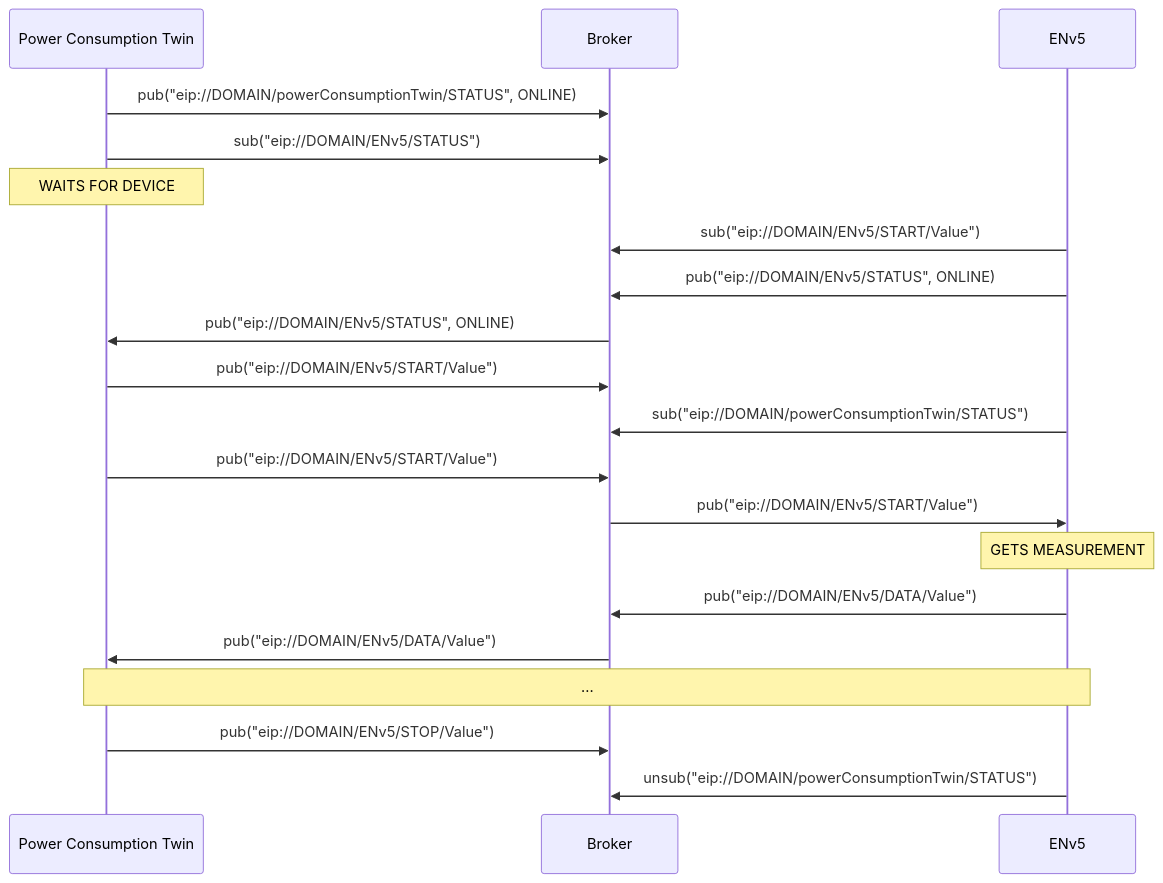
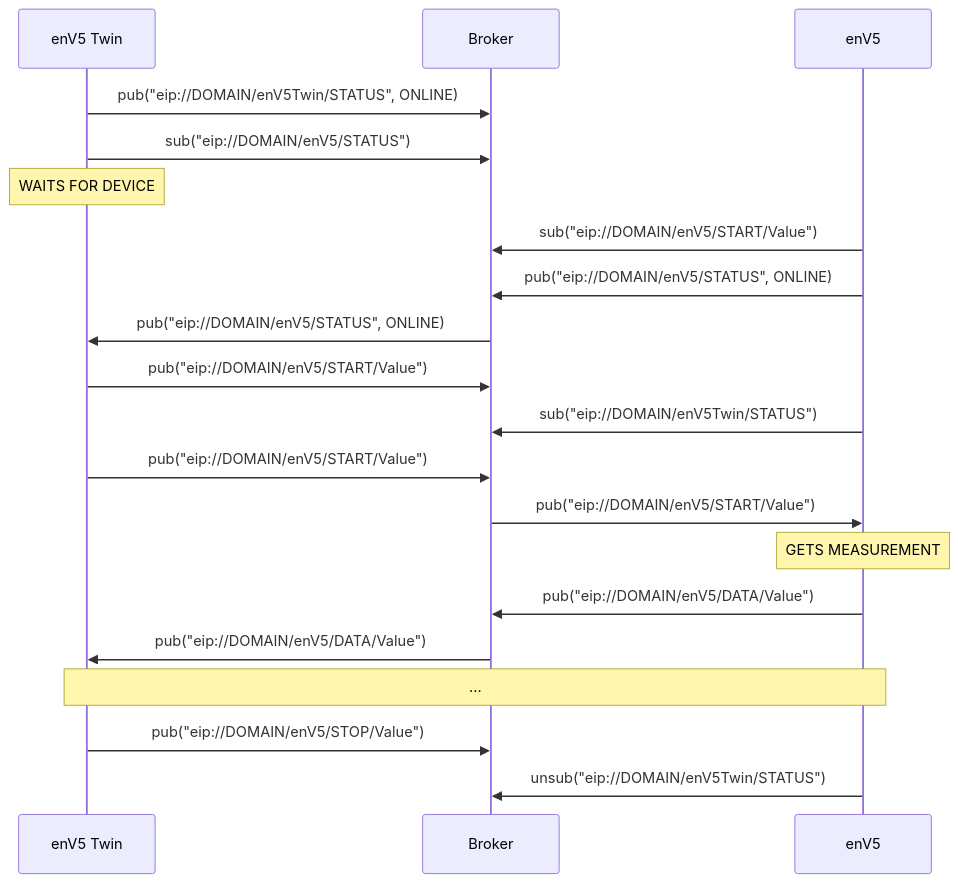
Before and after one commit to es-ude/elastic-ai.runtime.cloud: the first of 4 diagrams in DEMO.md, drawn with Mermaid. The commit also changed other lines of this file and 31 other files, not shown here.

````diff
--- a/DEMO.md
+++ b/DEMO.md
@@ -18,32 +18,32 @@
 ```mermaid
 sequenceDiagram
-      participant pw as Power Consumption Twin
+      participant dt as enV5 Twin
       participant b as Broker
-      participant d as ENv5
+      participant d as enV5
 
-    pw ->> b: pub("eip://DOMAIN/powerConsumptionTwin/STATUS", ONLINE)
-    pw ->> b: sub("eip://DOMAIN/ENv5/STATUS")
+    dt ->> b: pub("eip://DOMAIN/enV5Twin/STATUS", ONLINE)
+    dt ->> b: sub("eip://DOMAIN/enV5/STATUS")
     
-    Note over pw: WAITS FOR DEVICE
+    Note over dt: WAITS FOR DEVICE
     
-    d ->> b: sub("eip://DOMAIN/ENv5/START/Value")
+    d ->> b: sub("eip://DOMAIN/enV5/START/Value")
         
-    d ->> b: pub("eip://DOMAIN/ENv5/STATUS", ONLINE)
-    b ->> pw: pub("eip://DOMAIN/ENv5/STATUS", ONLINE)
+    d ->> b: pub("eip://DOMAIN/enV5/STATUS", ONLINE)
+    b ->> dt: pub("eip://DOMAIN/enV5/STATUS", ONLINE)
  
-    pw ->> b: pub("eip://DOMAIN/ENv5/START/Value")
-    d ->> b: sub("eip://DOMAIN/powerConsumptionTwin/STATUS")
+    dt ->> b: pub("eip://DOMAIN/enV5/START/Value")
+    d ->> b: sub("eip://DOMAIN/enV5Twin/STATUS")
     
-    pw ->> b: pub("eip://DOMAIN/ENv5/START/Value")
-    b ->> d: pub("eip://DOMAIN/ENv5/START/Value")
+    dt ->> b: pub("eip://DOMAIN/enV5/START/Value")
+    b ->> d: pub("eip://DOMAIN/enV5/START/Value")
     
     Note over d: GETS MEASUREMENT
         
-    d ->> b: pub("eip://DOMAIN/ENv5/DATA/Value")
-    b ->> pw: pub("eip://DOMAIN/ENv5/DATA/Value")
+    d ->> b: pub("eip://DOMAIN/enV5/DATA/Value")
+    b ->> dt: pub("eip://DOMAIN/enV5/DATA/Value")
     
-    Note over pw,d: ...
+    Note over dt,d: ...
     
-    pw ->> b: pub("eip://DOMAIN/ENv5/STOP/Value")
-    d ->> b: unsub("eip://DOMAIN/powerConsumptionTwin/STATUS")
+    dt ->> b: pub("eip://DOMAIN/enV5/STOP/Value")
+    d ->> b: unsub("eip://DOMAIN/enV5Twin/STATUS")
 ```
````
